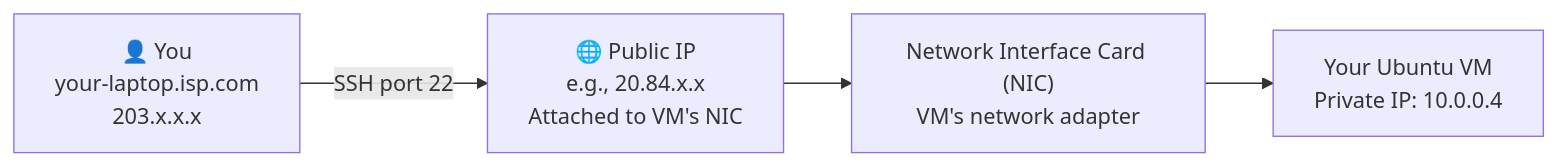
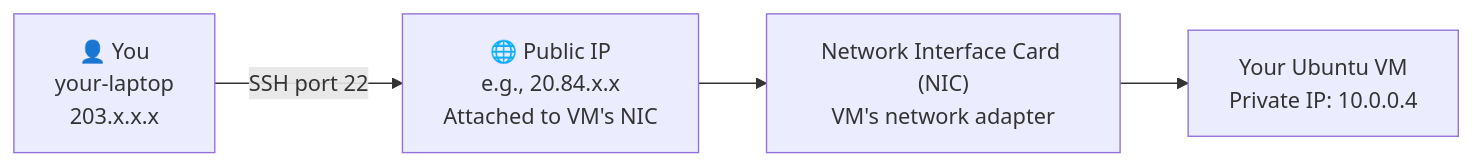
Before and after one commit to Iam-mithran/LWM-Azure: the fifth of 8 diagrams in docs/day02_vms_part1.md, drawn with Mermaid. The commit also changed other lines of this file and 1 other file, not shown here.

````diff
--- a/docs/day02_vms_part1.md
+++ b/docs/day02_vms_part1.md
@@ -222,6 +327,6 @@
 ```mermaid
 graph LR
-    YOU["👤 You\nyour-laptop.isp.com\n203.x.x.x"] -->|"SSH port 22"| PIP["🌐 Public IP\ne.g., 20.84.x.x\nAttached to VM's NIC"]
+    YOU["👤 You\nyour-laptop\n203.x.x.x"] -->|"SSH port 22"| PIP["🌐 Public IP\ne.g., 20.84.x.x\nAttached to VM's NIC"]
     PIP --> NIC["Network Interface Card (NIC)\nVM's network adapter"]
     NIC --> VM["Your Ubuntu VM\nPrivate IP: 10.0.0.4"]
 ```
````
